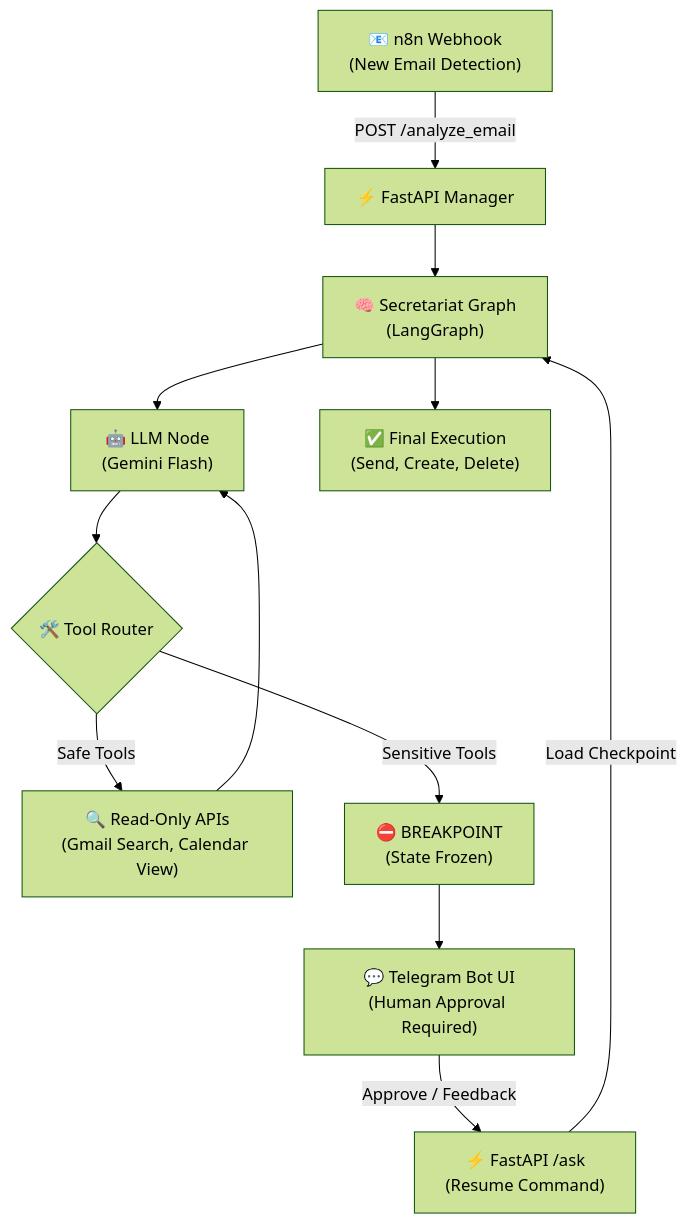
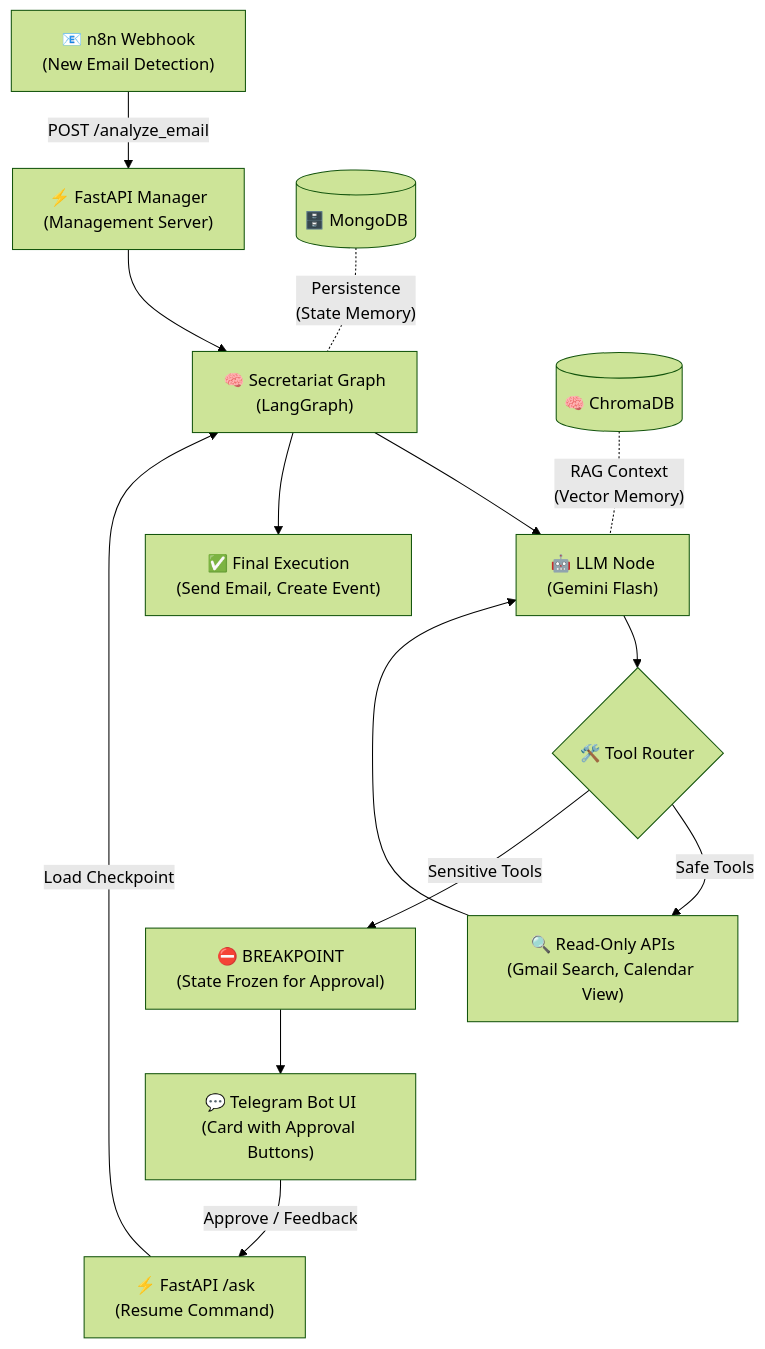
The diagram in README.md (GolanLevi/myOS), drawn with Mermaid (forest theme) before and after one commit. The commit also changed other lines of this file and 1 other file, not shown here.

````diff
--- a/README.md
+++ b/README.md
@@ -104,18 +26,21 @@
 ```mermaid
 graph TD
-    A["📧 n8n Webhook\n(New Email Detection)"] -->|POST /analyze_email| B["⚡ FastAPI Manager"]
+    A["📧 n8n Webhook\n(New Email Detection)"] -->|POST /analyze_email| B["⚡ FastAPI Manager\n(Management Server)"]
     B --> C["🧠 Secretariat Graph\n(LangGraph)"]
     C --> D["🤖 LLM Node\n(Gemini Flash)"]
     D --> E{"🛠️ Tool Router"}
     
     E -->|Safe Tools| F["🔍 Read-Only APIs\n(Gmail Search, Calendar View)"]
     F --> D
     
-    E -->|Sensitive Tools| G["⛔ BREAKPOINT\n(State Frozen)"]
-    G --> H["💬 Telegram Bot UI\n(Human Approval Required)"]
+    E -->|Sensitive Tools| G["⛔ BREAKPOINT\n(State Frozen for Approval)"]
+    G --> H["💬 Telegram Bot UI\n(Card with Approval Buttons)"]
     
     H -->|Approve / Feedback| I["⚡ FastAPI /ask\n(Resume Command)"]
     I -->|Load Checkpoint| C
     
-    C --> J["✅ Final Execution\n(Send, Create, Delete)"]
+    C --> J["✅ Final Execution\n(Send Email, Create Event)"]
+    
+    M[("🗄️ MongoDB")] -. "Persistence\n(State Memory)" .- C
+    N[("🧠 ChromaDB")] -. "RAG Context\n(Vector Memory)" .- D
 ```
````
